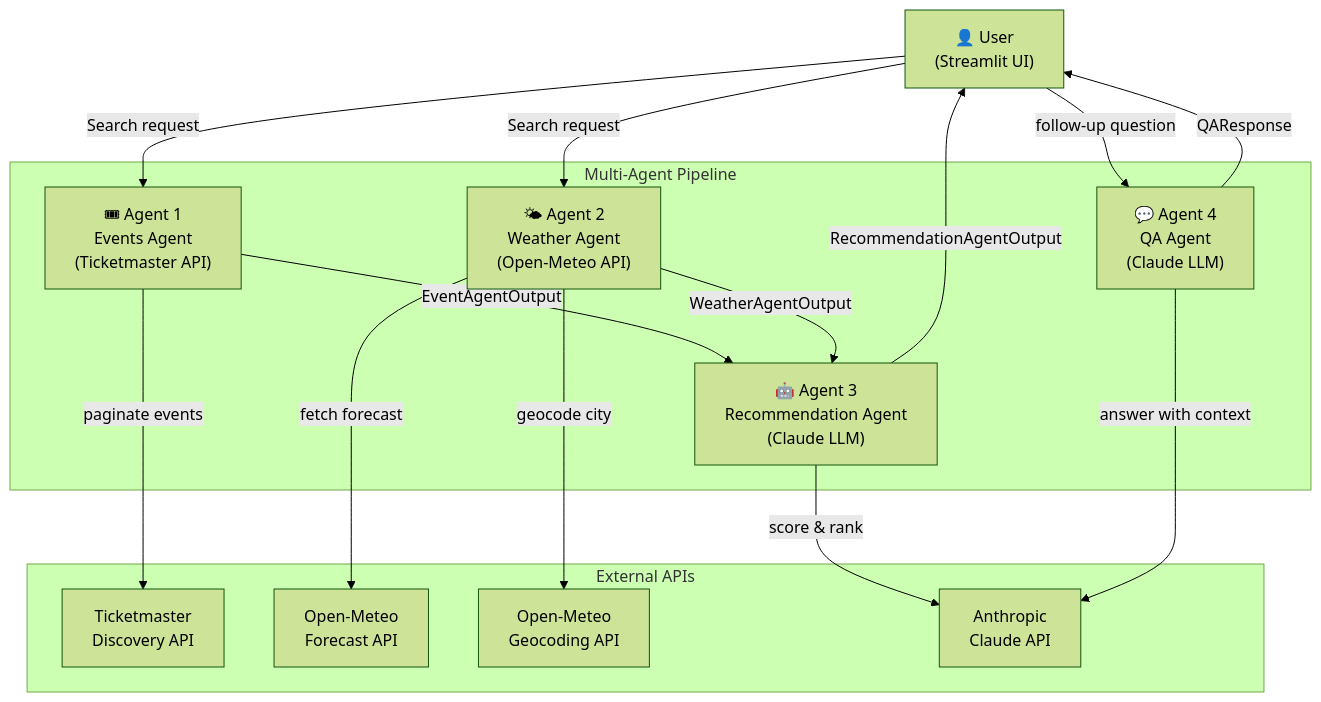
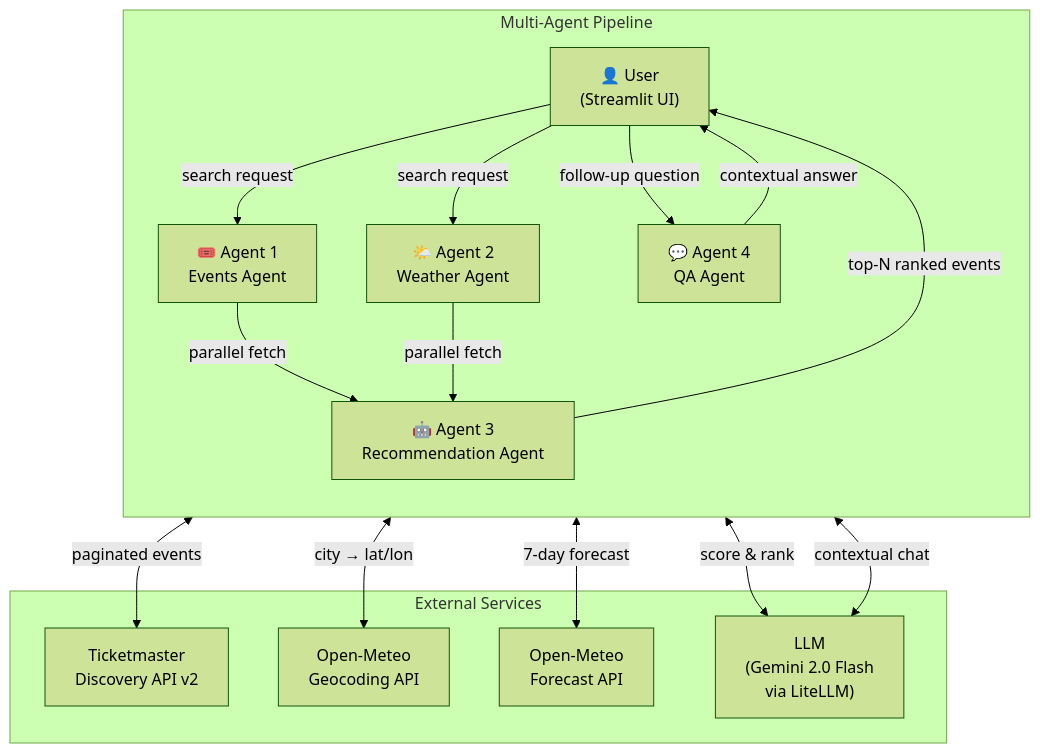
Before and after one commit to ritwiksharan/event-recommendor: the first of 6 diagrams in README.md, drawn with Mermaid (forest theme). The commit also changed other lines of this file and 20 other files, not shown here.

````diff
--- a/README.md
+++ b/README.md
@@ -19,31 +32,32 @@
 ```mermaid
 flowchart TD
     User["👤 User\n(Streamlit UI)"]
 
-    subgraph Agents["Multi-Agent Pipeline"]
-        A1["🎟 Agent 1\nEvents Agent\n(Ticketmaster API)"]
-        A2["🌤 Agent 2\nWeather Agent\n(Open-Meteo API)"]
-        A3["🤖 Agent 3\nRecommendation Agent\n(Claude LLM)"]
-        A4["💬 Agent 4\nQA Agent\n(Claude LLM)"]
+    subgraph Pipeline["Multi-Agent Pipeline"]
+        direction TB
+        A1["🎟️ Agent 1\nEvents Agent"]
+        A2["🌤️ Agent 2\nWeather Agent"]
+        A3["🤖 Agent 3\nRecommendation Agent"]
+        A4["💬 Agent 4\nQA Agent"]
+
+        A1 & A2 -->|parallel fetch| A3
+        A3 -->|top-N ranked events| User
+        User -->|follow-up question| A4
+        A4 -->|contextual answer| User
     end
 
-    subgraph External["External APIs"]
-        TM["Ticketmaster\nDiscovery API"]
+    subgraph External["External Services"]
+        TM["Ticketmaster\nDiscovery API v2"]
+        GEO["Open-Meteo\nGeocoding API"]
         OM["Open-Meteo\nForecast API"]
-        GEO["Open-Meteo\nGeocoding API"]
-        CL["Anthropic\nClaude API"]
+        LLM["LLM\n(Gemini 2.0 Flash\nvia LiteLLM)"]
     end
 
-    User -->|"Search request"| A1
-    User -->|"Search request"| A2
-    A1 -->|"paginate events"| TM
-    A2 -->|"geocode city"| GEO
-    A2 -->|"fetch forecast"| OM
-    A1 -->|"EventAgentOutput"| A3
-    A2 -->|"WeatherAgentOutput"| A3
-    A3 -->|"score & rank"| CL
-    A3 -->|"RecommendationAgentOutput"| User
-    User -->|"follow-up question"| A4
-    A4 -->|"answer with context"| CL
-    A4 -->|"QAResponse"| User
+    User -->|search request| A1
+    User -->|search request| A2
+    A1 <-->|paginated events| TM
+    A2 <-->|city → lat/lon| GEO
+    A2 <-->|7-day forecast| OM
+    A3 <-->|score & rank| LLM
+    A4 <-->|contextual chat| LLM
 ```
````
